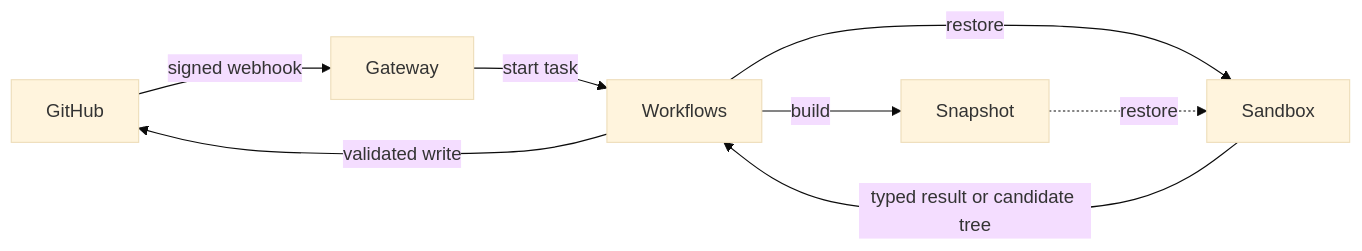
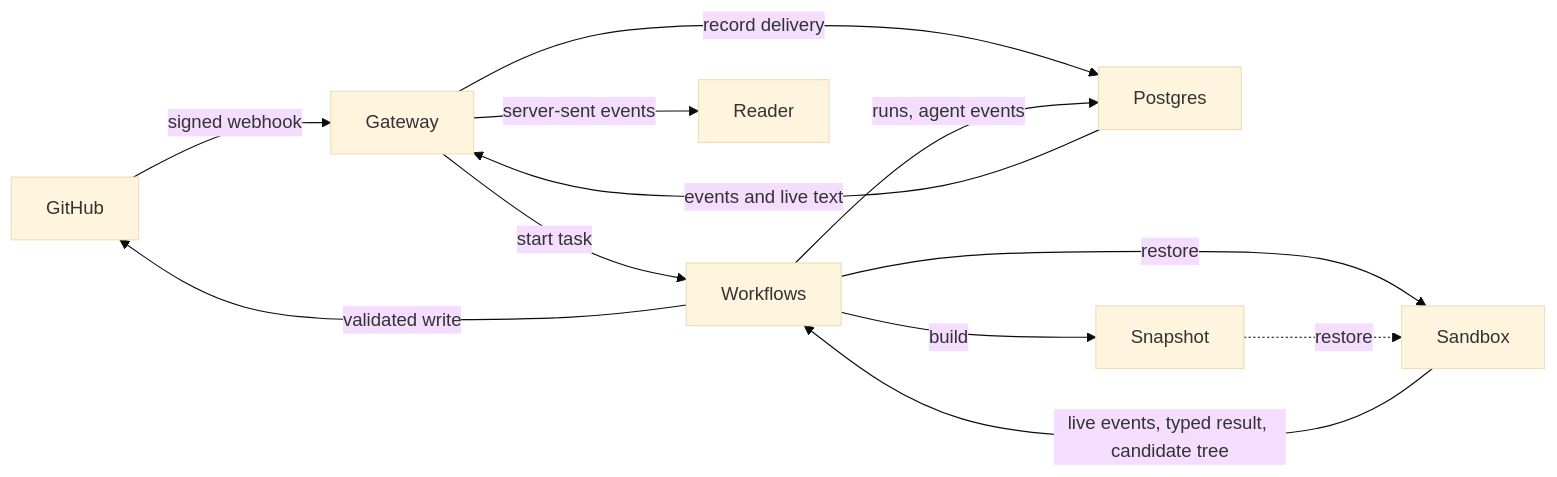
Before and after one commit to render-examples/software-factory: the diagram in docs/architecture.md, drawn with Mermaid (base theme). The commit also changed other lines of this file and 199 other files, not shown here.

First line of the commit message:
Add a Postgres event log, live agent streams, and channel-agnostic threads (#85)

````diff
--- a/docs/architecture.md
+++ b/docs/architecture.md
@@ -9,10 +18,14 @@
 ```mermaid
 flowchart LR
   GitHub -->|signed webhook| Gateway
+  Gateway -->|record delivery| Postgres
   Gateway -->|start task| Workflows
+  Workflows -->|runs, agent events| Postgres
   Workflows -->|restore| Sandbox
-  Sandbox -->|typed result or candidate tree| Workflows
+  Sandbox -->|live events, typed result, candidate tree| Workflows
   Workflows -->|validated write| GitHub
   Workflows -->|build| Snapshot
   Snapshot -.->|restore| Sandbox
+  Postgres -->|events and live text| Gateway
+  Gateway -->|server-sent events| Reader
 ```
````
